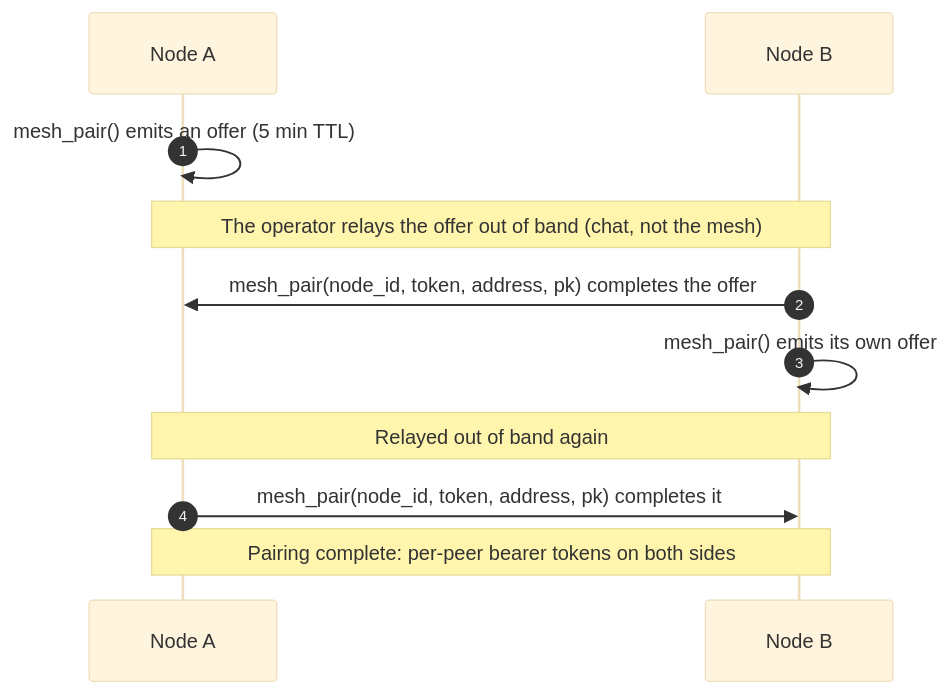
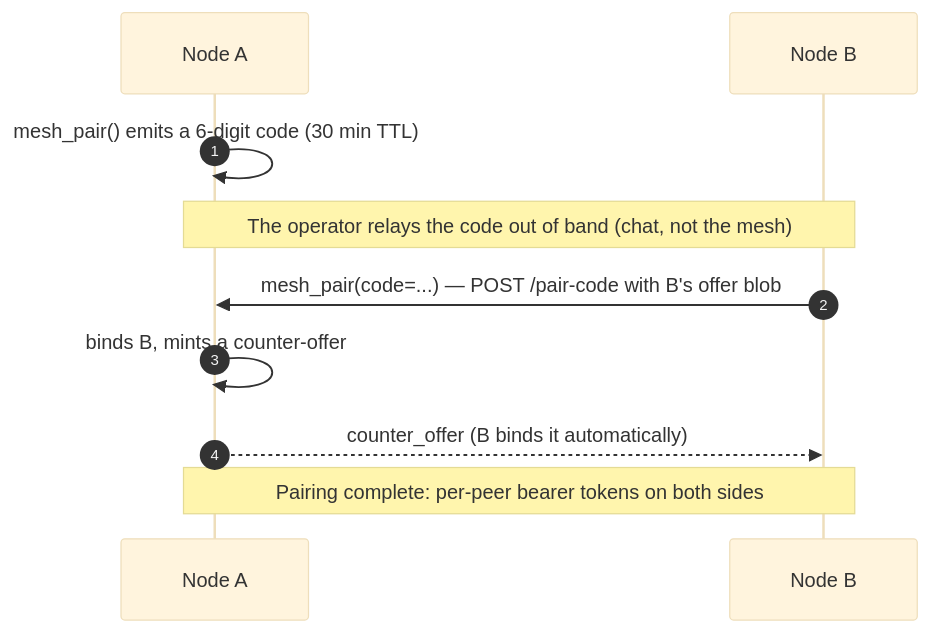
One commit to log0u7/opencode-mesh changed the third of 3 diagrams in README.md. Above: the diagram before and after it, drawn with Mermaid (base theme). The commit also changed other lines of this file and 3 other files, not shown here.

````diff
--- a/README.md
+++ b/README.md
@@ -200,13 +215,12 @@
 ```mermaid
 sequenceDiagram
     autonumber
     participant A as Node A
     participant B as Node B
-    A->>A: mesh_pair() emits an offer (5 min TTL)
-    Note over A,B: The operator relays the offer out of band (chat, not the mesh)
-    B->>A: mesh_pair(node_id, token, address, pk) completes the offer
-    B->>B: mesh_pair() emits its own offer
-    Note over A,B: Relayed out of band again
-    A->>B: mesh_pair(node_id, token, address, pk) completes it
+    A->>A: mesh_pair() emits a 6-digit code (30 min TTL)
+    Note over A,B: The operator relays the code out of band (chat, not the mesh)
+    B->>A: mesh_pair(code=...) — POST /pair-code with B's offer blob
+    A->>A: binds B, mints a counter-offer
+    A-->>B: counter_offer (B binds it automatically)
     Note over A,B: Pairing complete: per-peer bearer tokens on both sides
 ```
````
